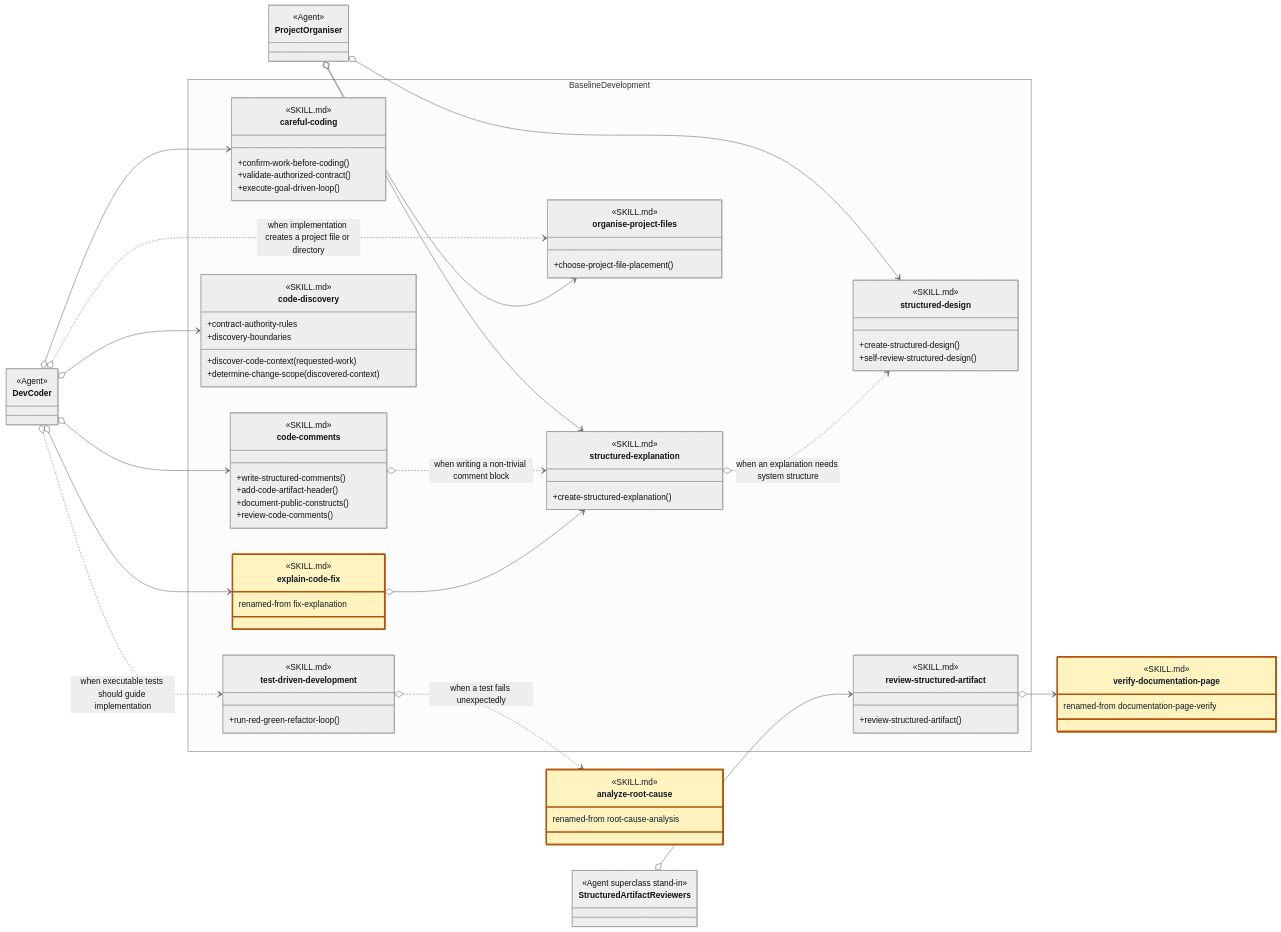
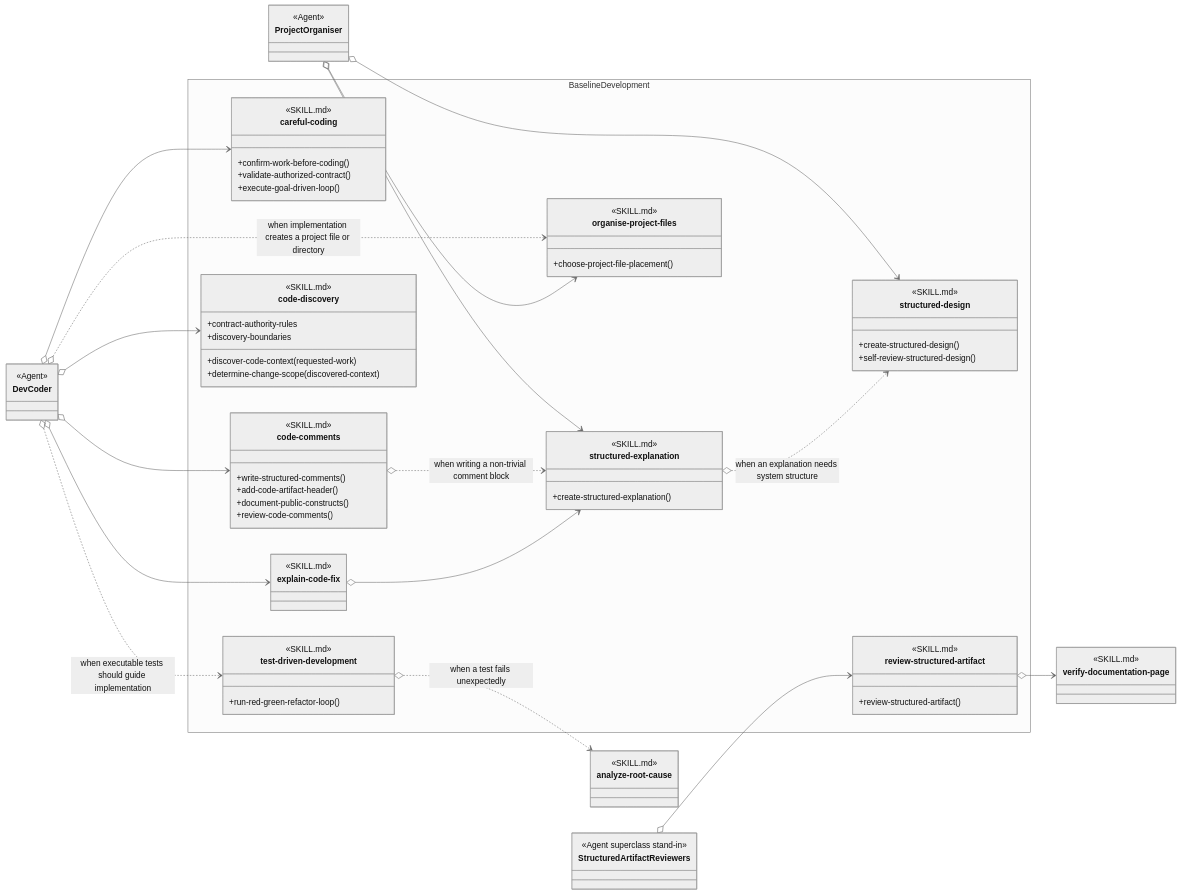
Before and after one commit to martinbechard/dev-methodology: the diagram in design/skill-groups/baseline-development.md, drawn with Mermaid (neutral theme). The commit also changed other lines of this file and 10 other files, not shown here.

````diff
--- a/design/skill-groups/baseline-development.md
+++ b/design/skill-groups/baseline-development.md
@@ -187,23 +84,20 @@
             +review-structured-artifact()
         }
 
-        class explain-code-fix:::renamed {
+        class explain-code-fix {
             <<SKILL.md>>
             <<Agent Skill>>
-            renamed-from fix-explanation
         }
     }
 
-    class verify-documentation-page:::renamed {
+    class verify-documentation-page {
         <<SKILL.md>>
         <<Cross-group>>
-        renamed-from documentation-page-verify
     }
 
-    class analyze-root-cause:::renamed {
+    class analyze-root-cause {
         <<SKILL.md>>
         <<Cross-group>>
-        renamed-from root-cause-analysis
     }
 
     DevCoder o--> careful-coding
@@ -224,6 +118,4 @@
     structured-explanation o..> structured-design : when an explanation needs system structure
     review-structured-artifact o--> verify-documentation-page
     test-driven-development o..> analyze-root-cause : when a test fails unexpectedly
-
-    classDef renamed fill:#fff3bf,stroke:#b45309,stroke-width:3px,color:#111827
 ```
````
